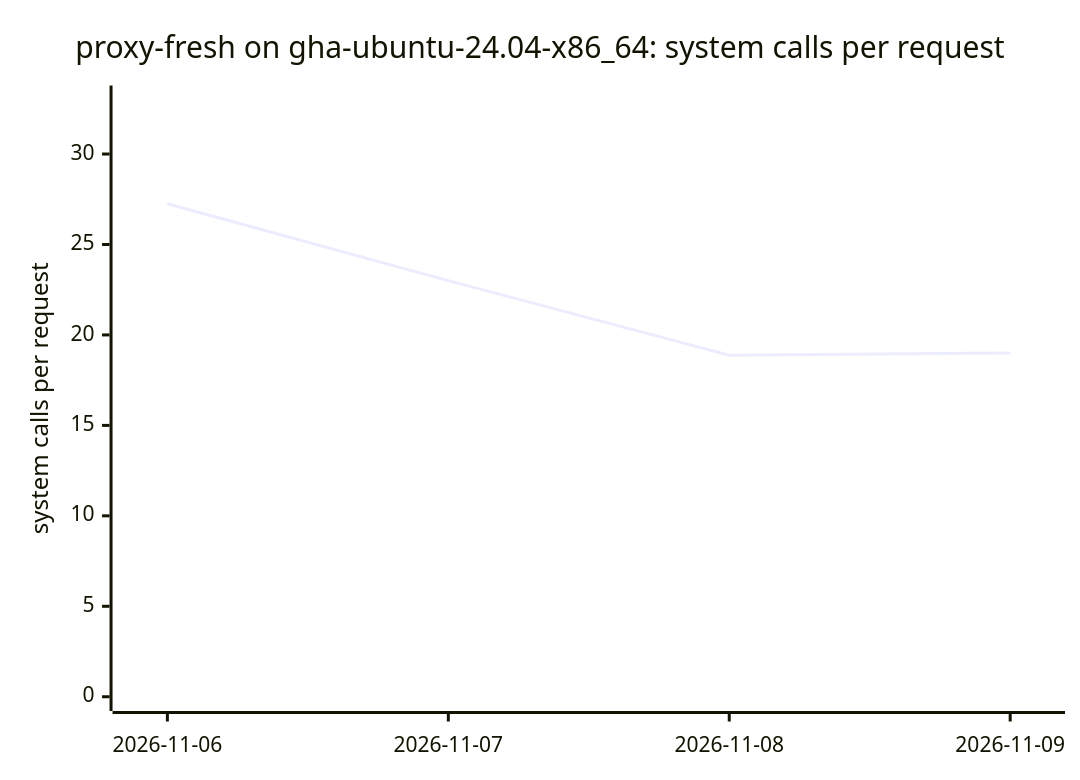
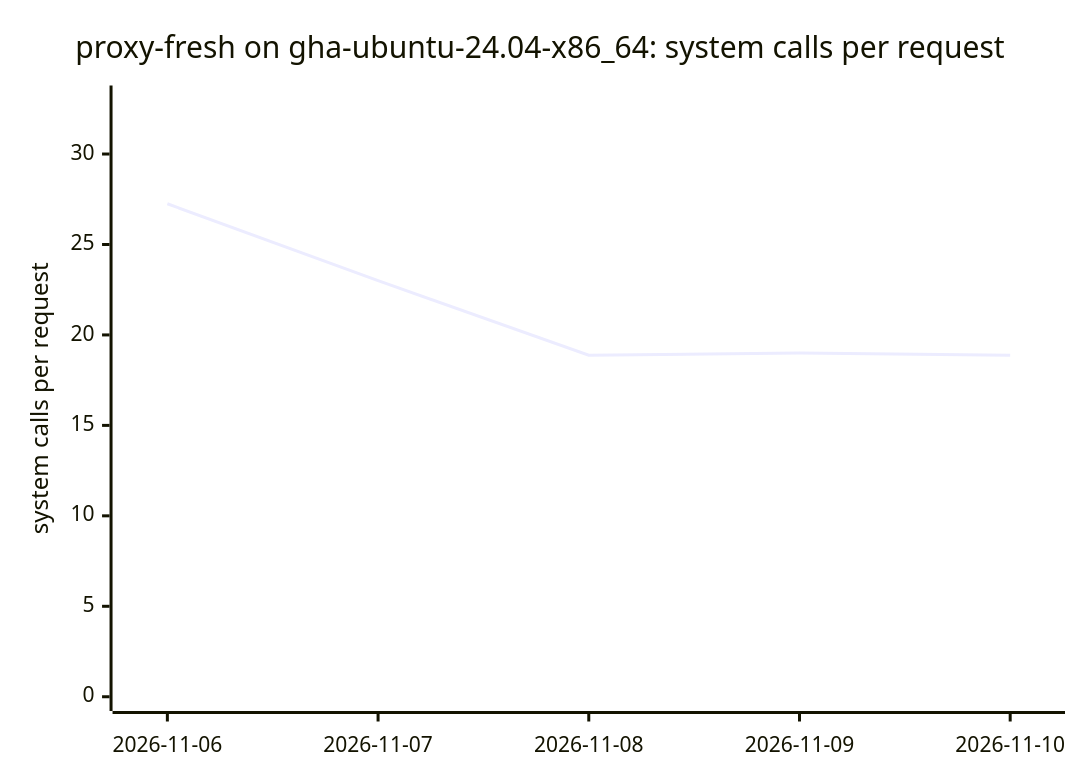
Diagram 14 of 18 in BENCHMARKS.md (ThePixelPilgrim/durchlauferhitzer), drawn with Mermaid before and after one commit. The commit also changed other lines of this file and 1 other file, not shown here.

````diff
--- a/BENCHMARKS.md
+++ b/BENCHMARKS.md
@@ -158,7 +158,7 @@
 ```mermaid
 xychart-beta
   title "proxy-fresh on gha-ubuntu-24.04-x86_64: system calls per request"
-  x-axis ["2026-11-06", "2026-11-07", "2026-11-08", "2026-11-09"]
+  x-axis ["2026-11-06", "2026-11-07", "2026-11-08", "2026-11-09", "2026-11-10"]
   y-axis "system calls per request" 0 --> 33
-  line [27.25, 23.00, 18.88, 19.00]
+  line [27.25, 23.00, 18.88, 19.00, 18.88]
 ```
````
